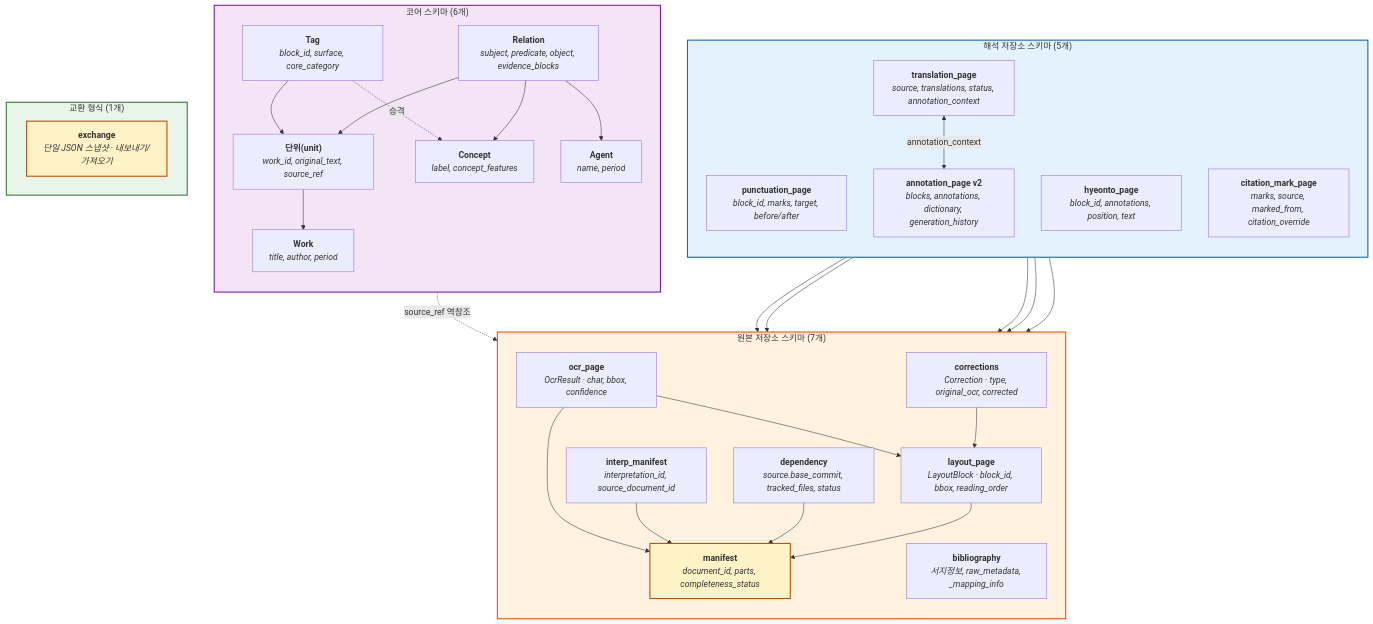
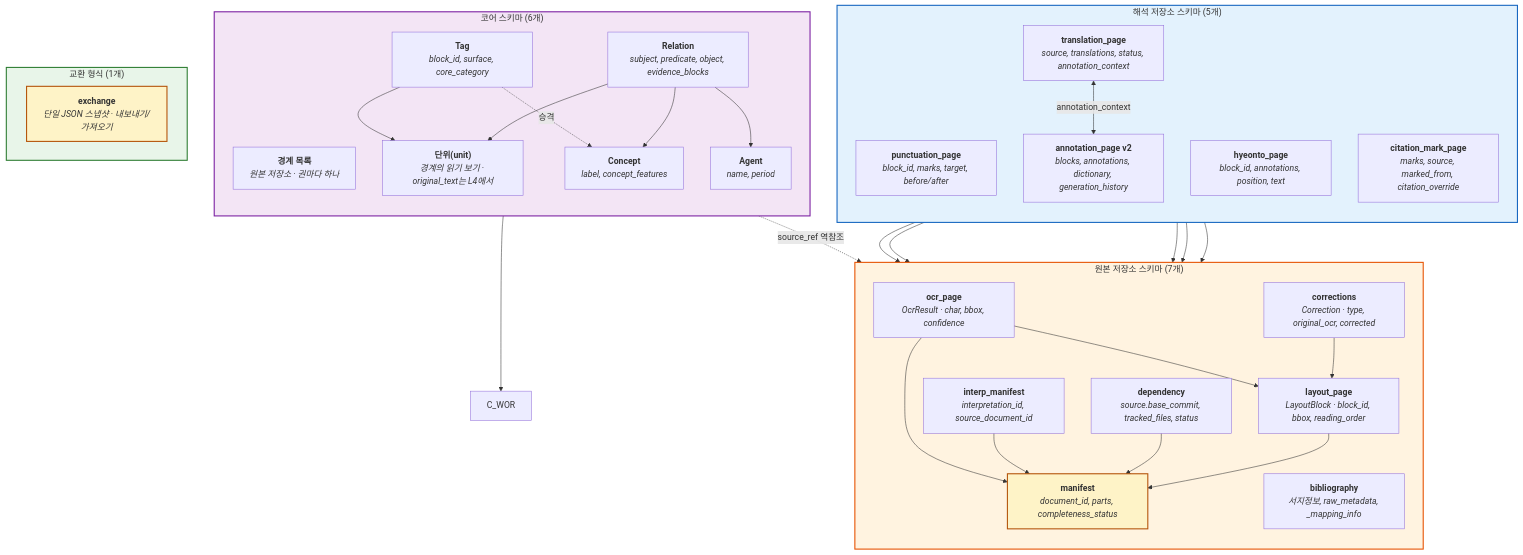
One commit to hw725/classical-text-browser changed the seventh of 13 diagrams in docs/architecture-diagrams.md. Above: the diagram before and after it, drawn with Mermaid. The commit also changed other lines of this file and 25 other files, not shown here.

````diff
--- a/docs/architecture-diagrams.md
+++ b/docs/architecture-diagrams.md
@@ -580,63 +580,63 @@
 ```mermaid
 flowchart TB
     subgraph SRC_SCHEMA["원본 저장소 스키마 (7개)"]
         direction TB
         S_MAN["<b>manifest</b><br/><i>document_id, parts, completeness_status</i>"]
         S_BIB["<b>bibliography</b><br/><i>서지정보, raw_metadata, _mapping_info</i>"]
         S_OCR["<b>ocr_page</b><br/><i>OcrResult · char, bbox, confidence</i>"]
         S_LAY["<b>layout_page</b><br/><i>LayoutBlock · block_id, bbox, reading_order</i>"]
         S_COR["<b>corrections</b><br/><i>Correction · type, original_ocr, corrected</i>"]
         S_IMP["<b>interp_manifest</b><br/><i>interpretation_id, source_document_id</i>"]
         S_DEP["<b>dependency</b><br/><i>source.base_commit, tracked_files, status</i>"]
     end
 
     subgraph INT_SCHEMA["해석 저장소 스키마 (5개)"]
         direction TB
         I_PUN["<b>punctuation_page</b><br/><i>block_id, marks, target, before/after</i>"]
         I_HYE["<b>hyeonto_page</b><br/><i>block_id, annotations, position, text</i>"]
         I_TRA["<b>translation_page</b><br/><i>source, translations, status, annotation_context</i>"]
         I_ANN["<b>annotation_page v2</b><br/><i>blocks, annotations, dictionary, generation_history</i>"]
         I_CIT["<b>citation_mark_page</b><br/><i>marks, source, marked_from, citation_override</i>"]
     end
 
     subgraph CORE_SCHEMA["코어 스키마 (6개)"]
         direction TB
-        C_WOR["<b>Work</b><br/><i>title, author, period</i>"]
-        C_TB["<b>단위(unit)</b><br/><i>work_id, original_text, source_ref</i>"]
+        C_BND["<b>경계 목록</b><br/><i>원본 저장소 · 권마다 하나</i>"]
+        C_TB["<b>단위(unit)</b><br/><i>경계의 읽기 보기 · original_text는 L4에서</i>"]
         C_TAG["<b>Tag</b><br/><i>block_id, surface, core_category</i>"]
         C_CON["<b>Concept</b><br/><i>label, concept_features</i>"]
         C_AGE["<b>Agent</b><br/><i>name, period</i>"]
         C_REL["<b>Relation</b><br/><i>subject, predicate, object, evidence_blocks</i>"]
     end
 
     subgraph EXCHANGE["교환 형식 (1개)"]
         EX["<b>exchange</b><br/><i>단일 JSON 스냅샷 · 내보내기/가져오기</i>"]
     end
 
     S_LAY --> S_MAN
     S_OCR --> S_MAN
     S_OCR --> S_LAY
     S_COR --> S_LAY
     S_IMP --> S_MAN
     S_DEP --> S_MAN
     I_PUN --> S_LAY
     I_HYE --> S_LAY
     I_TRA --> S_LAY
     I_ANN --> S_LAY
     I_CIT --> S_LAY
     I_TRA <-->|"annotation_context"| I_ANN
     C_TB --> C_WOR
     C_TAG --> C_TB
     C_TAG -.->|"승격"| C_CON
     C_REL --> C_AGE
     C_REL --> C_CON
     C_REL --> C_TB
     C_TB -.->|"source_ref 역참조"| S_MAN
 
     style SRC_SCHEMA fill:#fff3e0,stroke:#e65100,stroke-width:2px
     style S_MAN fill:#fef3c7,stroke:#b45309,stroke-width:2px
     style INT_SCHEMA fill:#e3f2fd,stroke:#1565c0,stroke-width:2px
     style CORE_SCHEMA fill:#f3e5f5,stroke:#7b1fa2,stroke-width:2px
     style EXCHANGE fill:#e8f5e9,stroke:#2e7d32,stroke-width:2px
     style EX fill:#fef3c7,stroke:#b45309,stroke-width:2px
 ```
````
